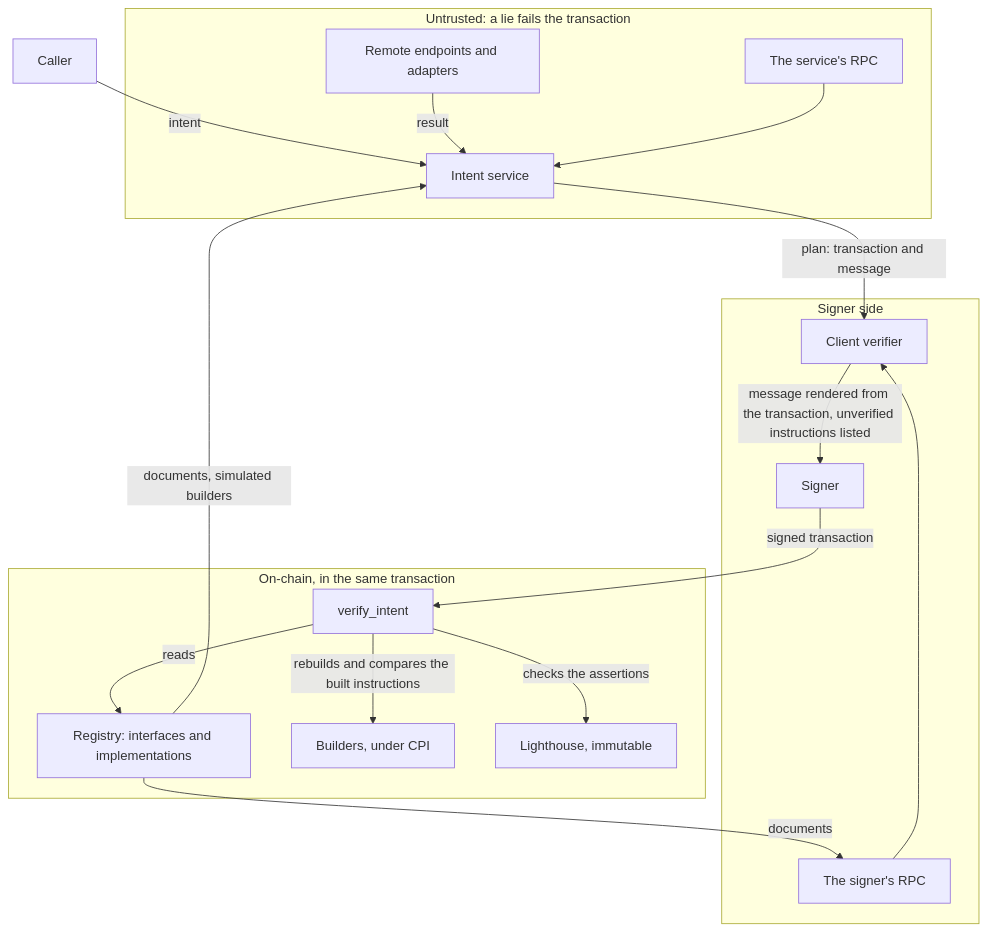
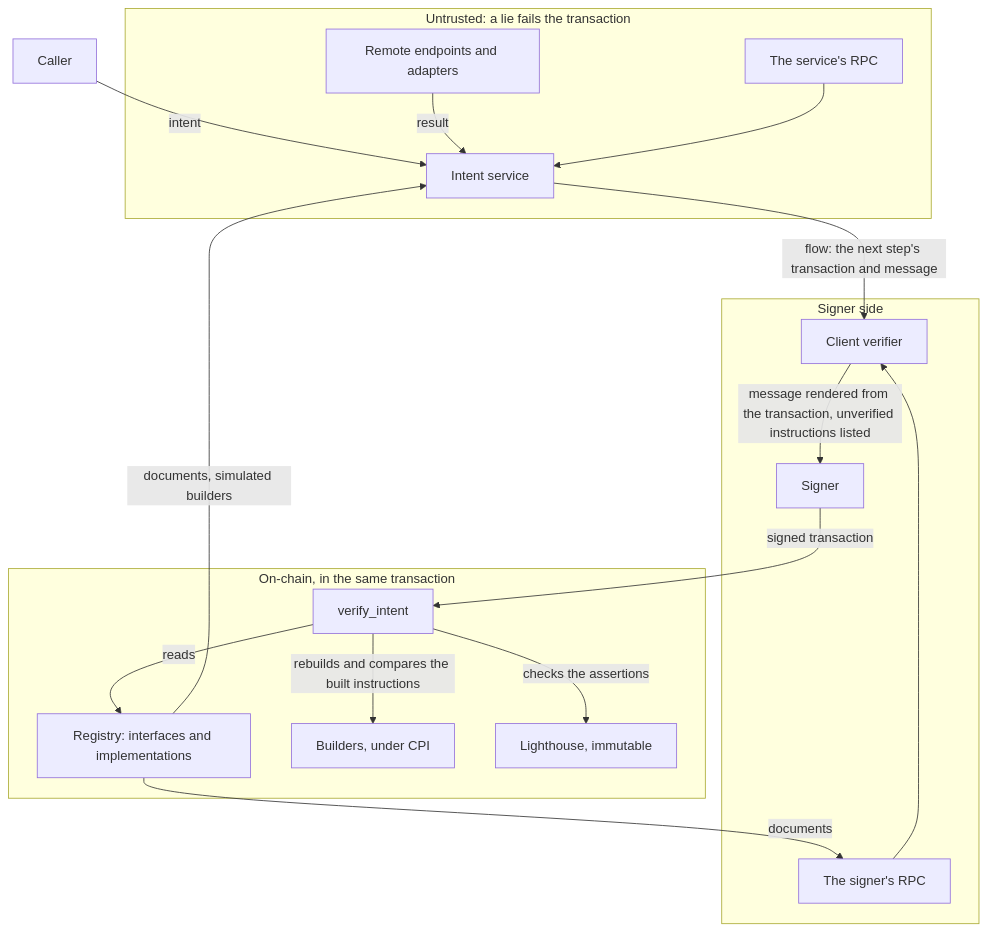
The second of 2 diagrams in packages/sdp-intents/DESIGN.md (solana-foundation/solana-developer-platform), drawn with Mermaid before and after one commit. The commit also changed other lines of this file, not shown here.

````diff
--- a/packages/sdp-intents/DESIGN.md
+++ b/packages/sdp-intents/DESIGN.md
@@ -1099,31 +1402,31 @@
 ```mermaid
 flowchart TB
   subgraph Untrusted["Untrusted: a lie fails the transaction"]
     SVC[Intent service]
     REM[Remote endpoints and adapters]
     SRPC[The service's RPC]
   end
   subgraph Signer["Signer side"]
     VER[Client verifier]
     SIGN[Signer]
     VRPC[The signer's RPC]
   end
   subgraph Chain["On-chain, in the same transaction"]
     REG[Registry: interfaces and implementations]
     VI[verify_intent]
     BLD[Builders, under CPI]
     LH[Lighthouse, immutable]
   end
   CALLER[Caller] -->|intent| SVC
   REM -->|result| SVC
   SRPC --> SVC
   REG -->|documents, simulated builders| SVC
-  SVC -->|"plan: transaction and message"| VER
+  SVC -->|"flow: the next step's transaction and message"| VER
   REG -->|documents| VRPC
   VRPC --> VER
   VER -->|"message rendered from the transaction, unverified instructions listed"| SIGN
   SIGN -->|signed transaction| VI
   VI -->|"rebuilds and compares the built instructions"| BLD
   VI -->|reads| REG
   VI -->|"checks the assertions"| LH
 ```
````
